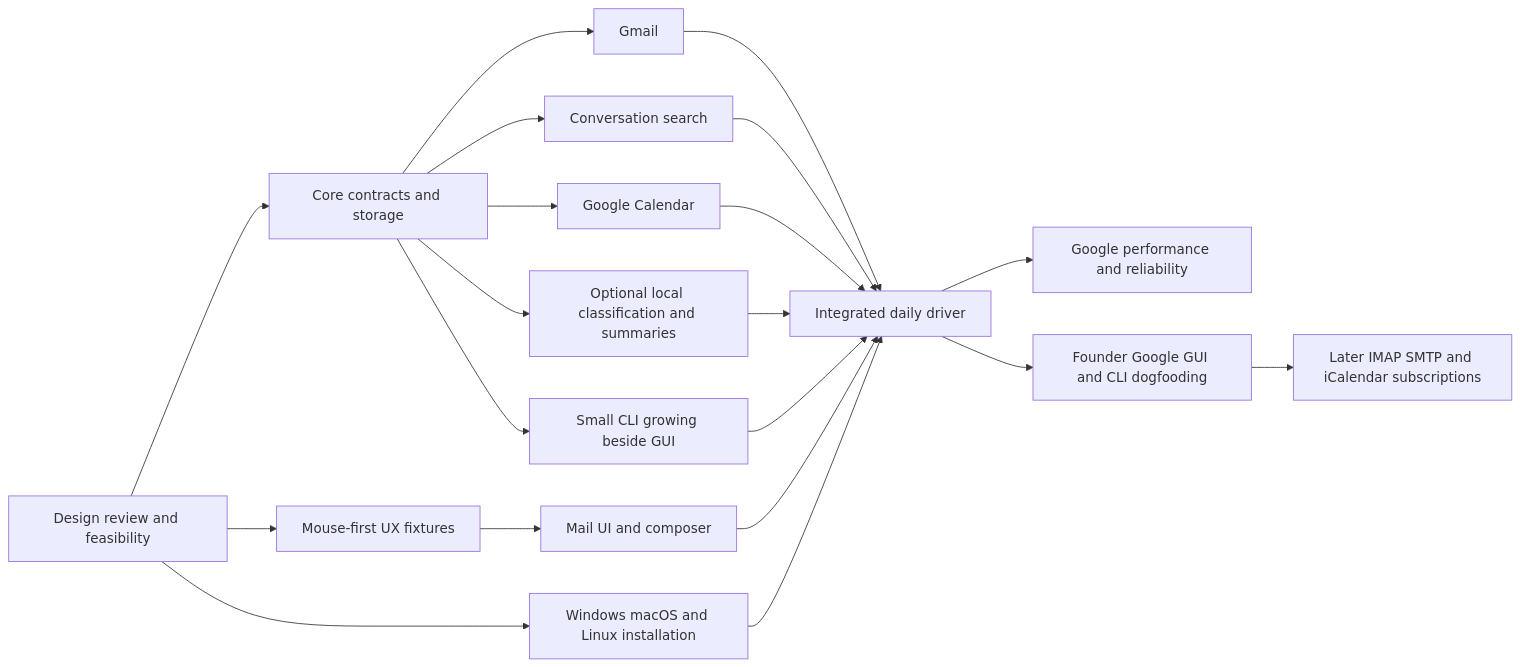
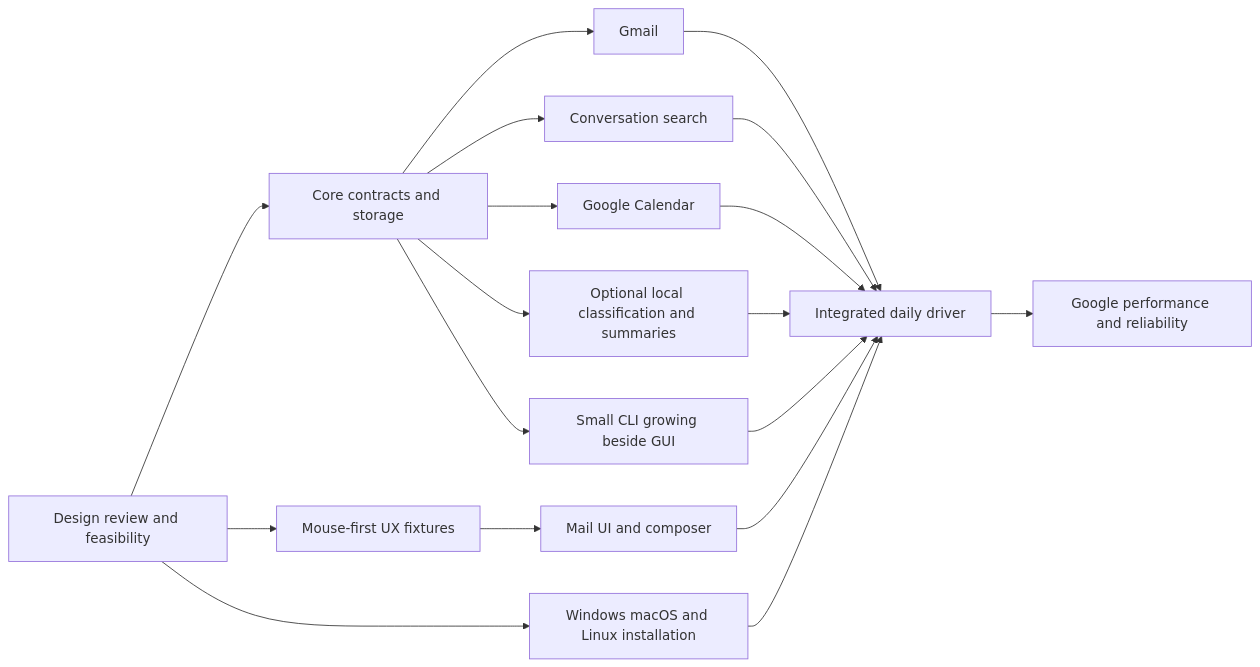
Before and after one commit to yegors/fuckMail: the diagram in docs/contracts/README.md, drawn with Mermaid. The commit also changed other lines of this file and 126 other files, not shown here.

````diff
--- a/docs/contracts/README.md
+++ b/docs/contracts/README.md
@@ -60,22 +58,20 @@
 ```mermaid
 flowchart LR
     P0[Design review and feasibility] --> A[Core contracts and storage]
     P0 --> UX[Mouse-first UX fixtures]
     A --> B[Gmail]
     A --> D[Conversation search]
     A --> F[Google Calendar]
     A --> H[Optional local classification and summaries]
     A --> CLI[Small CLI growing beside GUI]
     UX --> E[Mail UI and composer]
     B --> I[Integrated daily driver]
     D --> I
     F --> I
     E --> I
     H --> I
     CLI --> I
     P0 --> G[Windows macOS and Linux installation]
     G --> I
     I --> MVP[Google performance and reliability]
-    I --> DOG[Founder Google GUI and CLI dogfooding]
-    DOG --> LEG[Later IMAP SMTP and iCalendar subscriptions]
 ```
````
